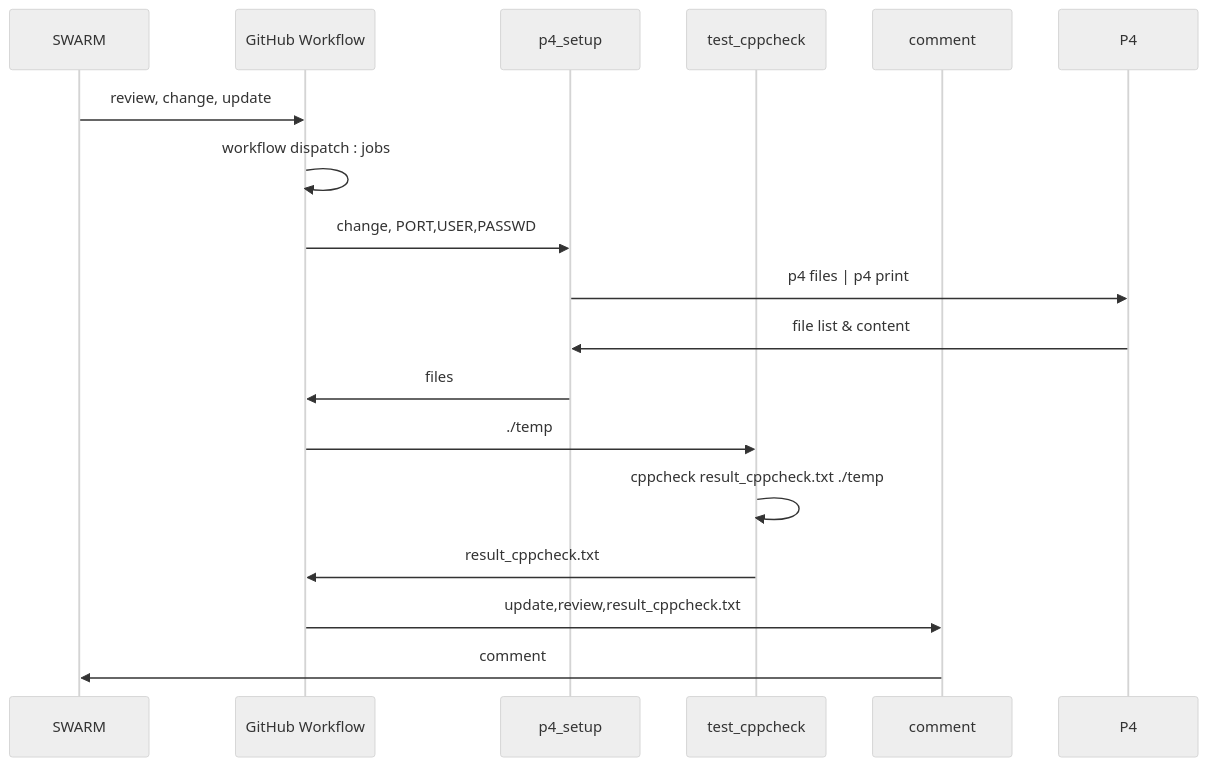
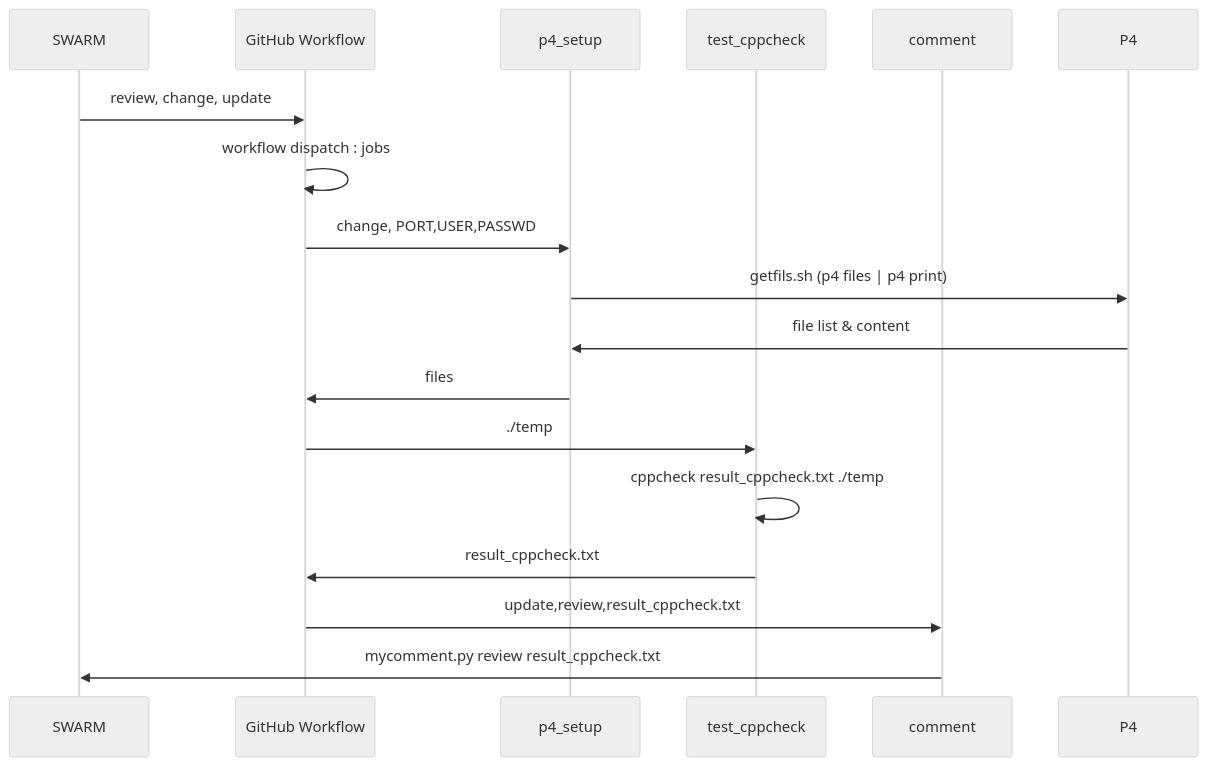
Before and after one commit to smjune/smjune.github.io: the diagram in readme.md, drawn with Mermaid (neutral theme).

````diff
--- a/readme.md
+++ b/readme.md
@@ -1,20 +1,20 @@
 ```mermaid
 sequenceDiagram
     participant SWARM 
     participant GitHub Workflow
     participant p4_setup
     participant test_cppcheck
     participant comment
     participant P4
     SWARM->>GitHub Workflow: review, change, update
     GitHub Workflow->>GitHub Workflow:workflow dispatch : jobs
     GitHub Workflow->>p4_setup: change, PORT,USER,PASSWD
-    p4_setup->>P4: p4 files | p4 print
+    p4_setup->>P4: getfils.sh (p4 files | p4 print)
     P4->>p4_setup: file list & content
     p4_setup->>GitHub Workflow: files
     GitHub Workflow->>test_cppcheck:./temp
     test_cppcheck->>test_cppcheck: cppcheck result_cppcheck.txt ./temp 
     test_cppcheck->>GitHub Workflow: result_cppcheck.txt
     GitHub Workflow->>comment:update,review,result_cppcheck.txt
-    comment->>SWARM: comment
+    comment->>SWARM: mycomment.py review result_cppcheck.txt
 ```
````
